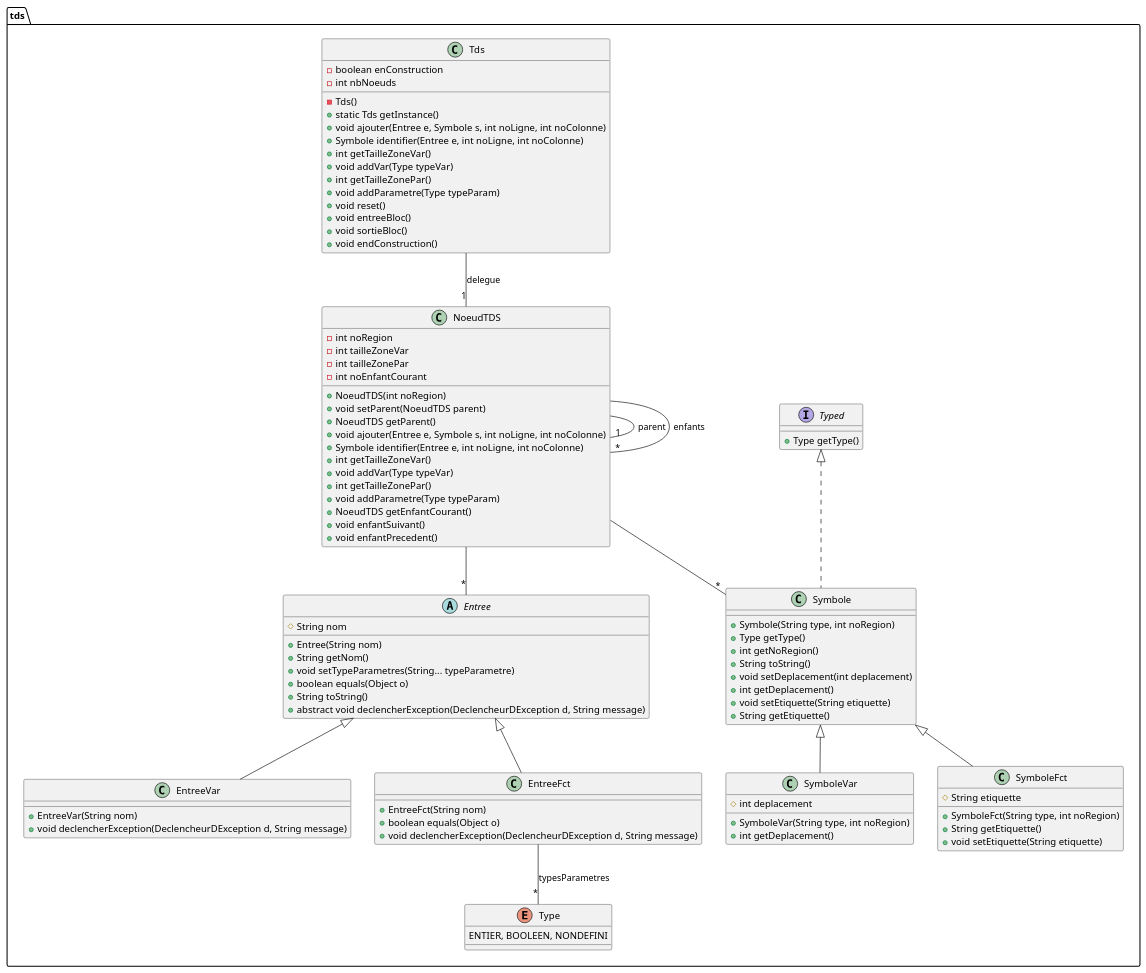
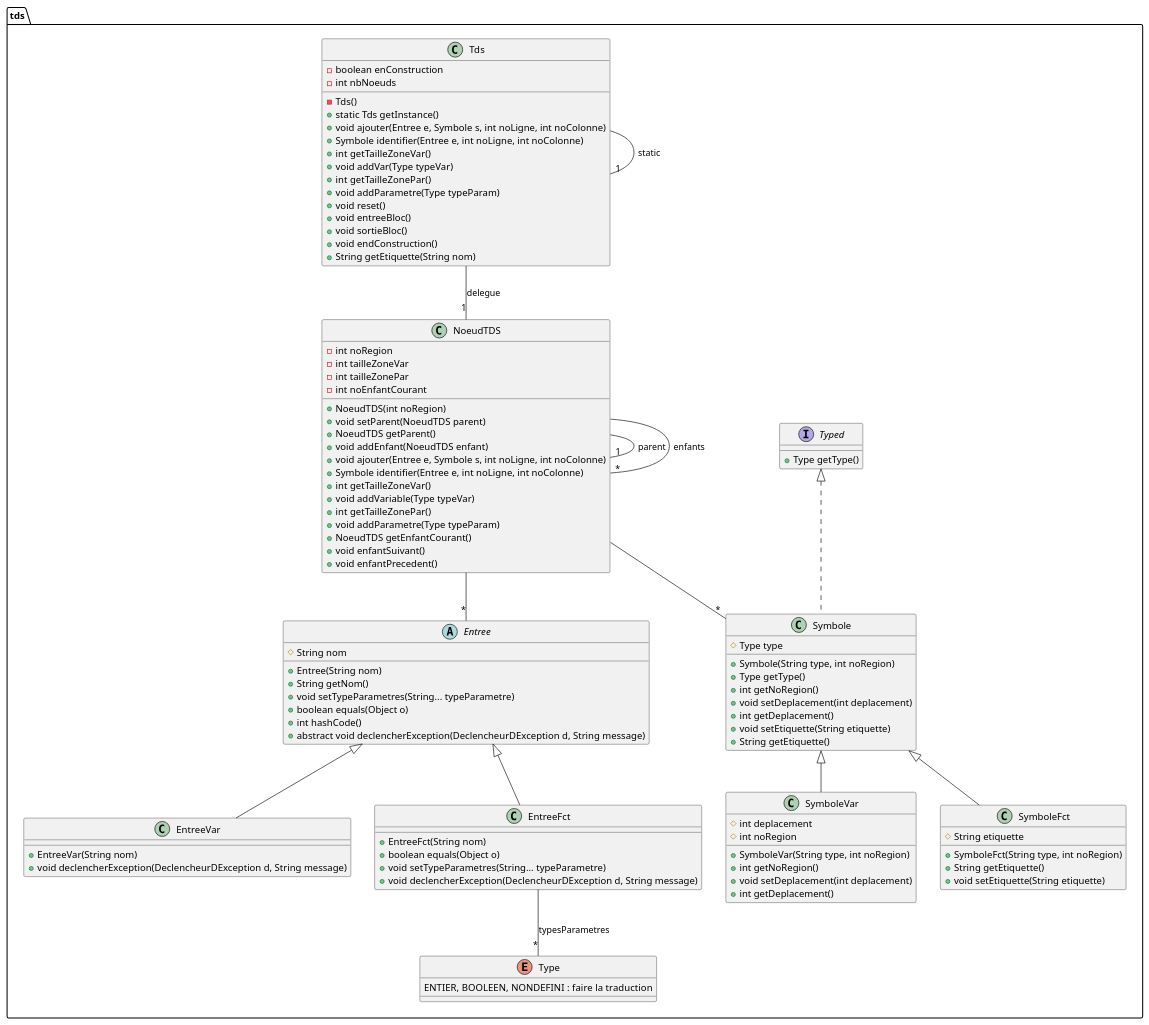
One commit to wehddn/L3-Compilation-Projet changed the diagram in src/Diagrammes/tds.puml. Above: the diagram before and after it, drawn with PlantUML. The commit also changed 8 other files, not shown here.

Commit message:
Mise à jour du diagramme de classe

```diff
--- a/src/Diagrammes/tds.puml
+++ b/src/Diagrammes/tds.puml
@@ -1,109 +1,116 @@
 @startuml
 together {
 	package tds {
 		together {
 
 			class Symbole implements Typed {
+				# Type type
 				+ Symbole(String type, int noRegion)
 				+ Type getType()
 				+ int getNoRegion()
-				+ String toString()
 				+ void setDeplacement(int deplacement)
 				+ int getDeplacement()
 				+ void setEtiquette(String etiquette)
 				+ String getEtiquette()
 			}
 
 			class SymboleVar extends Symbole {
 				# int deplacement
+				# int noRegion
 				+ SymboleVar(String type, int noRegion)
+				+ int getNoRegion()
+				+ void setDeplacement(int deplacement)
 				+ int getDeplacement()
 			}
 
 			class SymboleFct extends Symbole {
 				# String etiquette
 				+ SymboleFct(String type, int noRegion)
 				+ String getEtiquette()
 				+ void setEtiquette(String etiquette)
 			}
 		}
 
 		together {
 			abstract class Entree {
 				# String nom
 				+ Entree(String nom)
 				+ String getNom()
 				+ void setTypeParametres(String... typeParametre)
 				+ boolean equals(Object o)
-				+ String toString()
+				+ int hashCode()
 				+ abstract void declencherException(DeclencheurDException d, String message)
 			}
 
 			class EntreeVar extends Entree {
 				+ EntreeVar(String nom)
 				+ void declencherException(DeclencheurDException d, String message)
 			}
 
 			class EntreeFct extends Entree {
 				+ EntreeFct(String nom)
 				+ boolean equals(Object o)
+				+ void setTypeParametres(String... typeParametre)
 				+ void declencherException(DeclencheurDException d, String message)
 			}
 			EntreeFct --"*" Type : typesParametres
 		}
 
 		together {
 			class Tds {
 				- boolean enConstruction
 				- int nbNoeuds
 				- Tds()
 				+ static Tds getInstance()
 				+ void ajouter(Entree e, Symbole s, int noLigne, int noColonne)
 				+ Symbole identifier(Entree e, int noLigne, int noColonne)
 				+ int getTailleZoneVar()
 				+ void addVar(Type typeVar)
 				+ int getTailleZonePar()
 				+ void addParametre(Type typeParam)
 				+ void reset()
 				+ void entreeBloc()
 				+ void sortieBloc()
 				+ void endConstruction()
+				+ String getEtiquette(String nom)
 			}
 			Tds --"1" NoeudTDS : delegue
+			Tds --"1" Tds : static
 
 			class NoeudTDS {
 				- int noRegion
 				- int tailleZoneVar
 				- int tailleZonePar
 				- int noEnfantCourant
 				+ NoeudTDS(int noRegion)
 				+ void setParent(NoeudTDS parent)
 				+ NoeudTDS getParent()
+				+ void addEnfant(NoeudTDS enfant)
 				+ void ajouter(Entree e, Symbole s, int noLigne, int noColonne)
 				+ Symbole identifier(Entree e, int noLigne, int noColonne)
 				+ int getTailleZoneVar()
-				+ void addVar(Type typeVar)
+				+ void addVariable(Type typeVar)
 				+ int getTailleZonePar()
 				+ void addParametre(Type typeParam)
 				+ NoeudTDS getEnfantCourant()
 				+ void enfantSuivant()
 				+ void enfantPrecedent()
 			}
 			NoeudTDS --"*" Symbole
 			NoeudTDS --"*" Entree
 			NoeudTDS --"1" NoeudTDS : parent
 			NoeudTDS --"*" NoeudTDS : enfants
 		}
 
 		together {
 			enum Type {
-				ENTIER, BOOLEEN, NONDEFINI
+				ENTIER, BOOLEEN, NONDEFINI  : faire la traduction
 			}
 
 			Interface Typed {
 				+ Type getType()
 			}
 		}
 	}
 }
 @enduml
```
